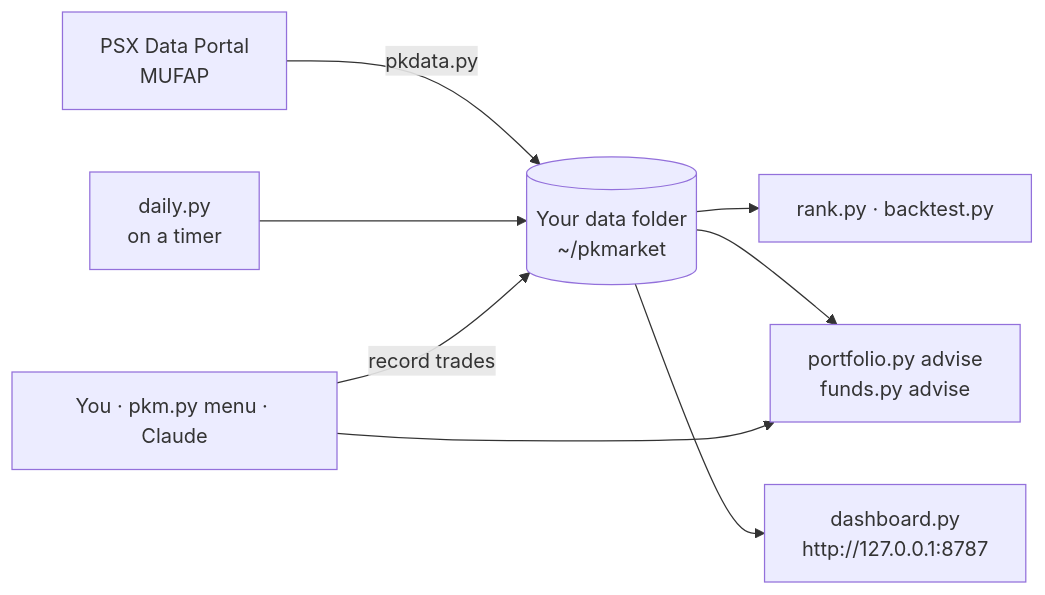
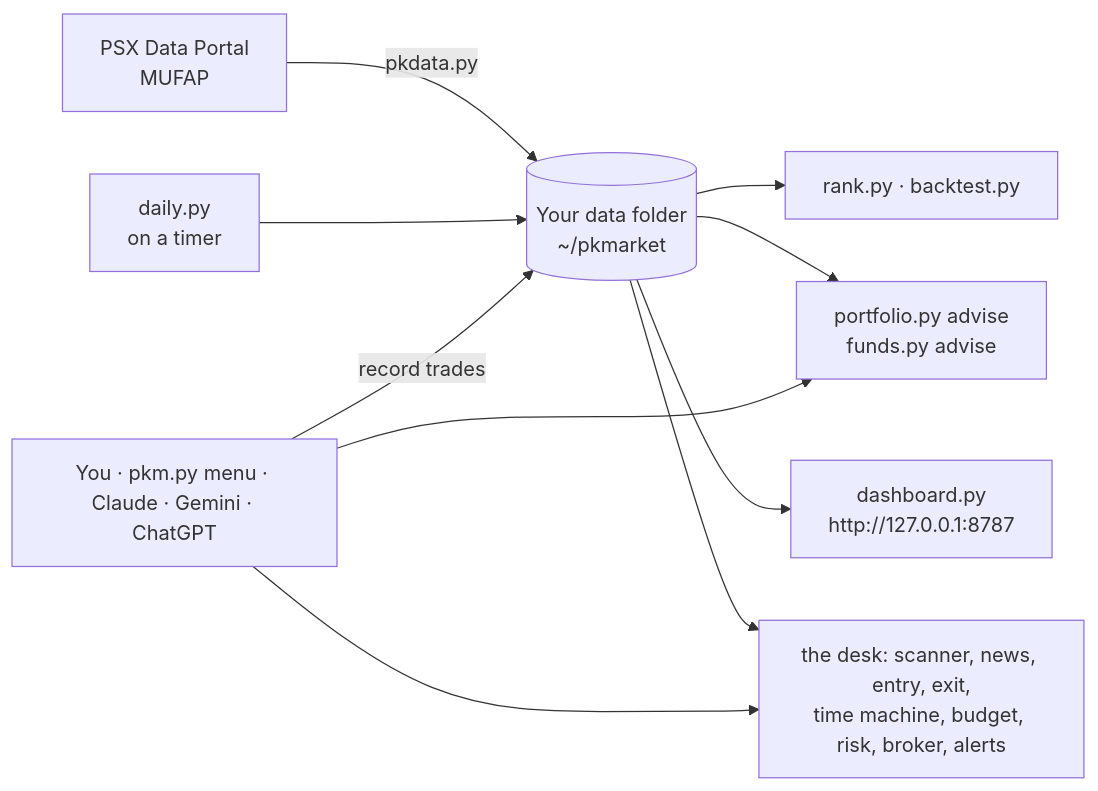
One commit to salmankhwaja/Day-Trader-PSX changed the first of 2 diagrams in README.md. Above: the diagram before and after it, drawn with Mermaid. The commit also changed other lines of this file and 25 other files, not shown here.

````diff
--- a/README.md
+++ b/README.md
@@ -109,10 +349,12 @@
 ```mermaid
 flowchart LR
     S["PSX Data Portal<br/>MUFAP"] -->|pkdata.py| D[("Your data folder<br/>~/pkmarket")]
     T["daily.py<br/>on a timer"] --> D
     D --> R["rank.py · backtest.py"]
     D --> A["portfolio.py advise<br/>funds.py advise"]
     D --> W["dashboard.py<br/>http://127.0.0.1:8787"]
-    U["You · pkm.py menu · Claude"] --> A
+    D --> K["the desk: scanner, news, entry, exit,<br/>time machine, budget, risk, broker, alerts"]
+    U["You · pkm.py menu · Claude · Gemini · ChatGPT"] --> A
+    U --> K
     U -->|record trades| D
 ```
````
